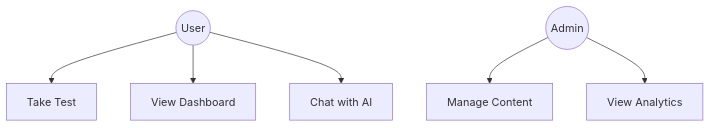
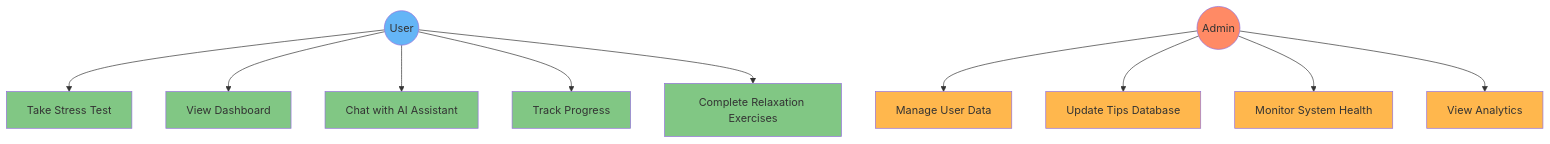
The fifth of 5 diagrams in AI_Stress_Reducer_Report_Compact_Final.md (Hardik-369/AI-Stree-Reducer-Document), drawn with Mermaid before and after one commit. The commit also changed other lines of this file, not shown here.

````diff
--- a/AI_Stress_Reducer_Report_Compact_Final.md
+++ b/AI_Stress_Reducer_Report_Compact_Final.md
@@ -250,11 +297,28 @@
 ```mermaid
 graph TD
     User((User))
     Admin((Admin))
     
-    User --> UC1[Take Test]
+    User --> UC1[Take Stress Test]
     User --> UC2[View Dashboard]
-    User --> UC3[Chat with AI]
-    Admin --> UC4[Manage Content]
-    Admin --> UC5[View Analytics]
+    User --> UC3[Chat with AI Assistant]
+    User --> UC4[Track Progress]
+    User --> UC5[Complete Relaxation Exercises]
+    
+    Admin --> UC6[Manage User Data]
+    Admin --> UC7[Update Tips Database]
+    Admin --> UC8[Monitor System Health]
+    Admin --> UC9[View Analytics]
+    
+    style User fill:#64b5f6
+    style Admin fill:#ff8a65
+    style UC1 fill:#81c784
+    style UC2 fill:#81c784
+    style UC3 fill:#81c784
+    style UC4 fill:#81c784
+    style UC5 fill:#81c784
+    style UC6 fill:#ffb74d
+    style UC7 fill:#ffb74d
+    style UC8 fill:#ffb74d
+    style UC9 fill:#ffb74d
 ```
````
